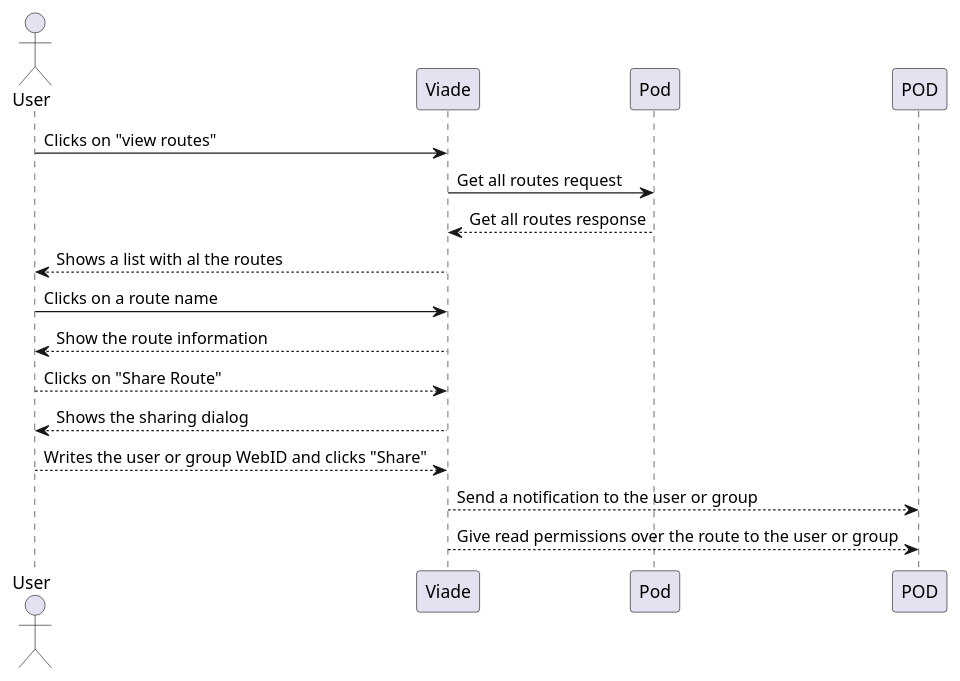
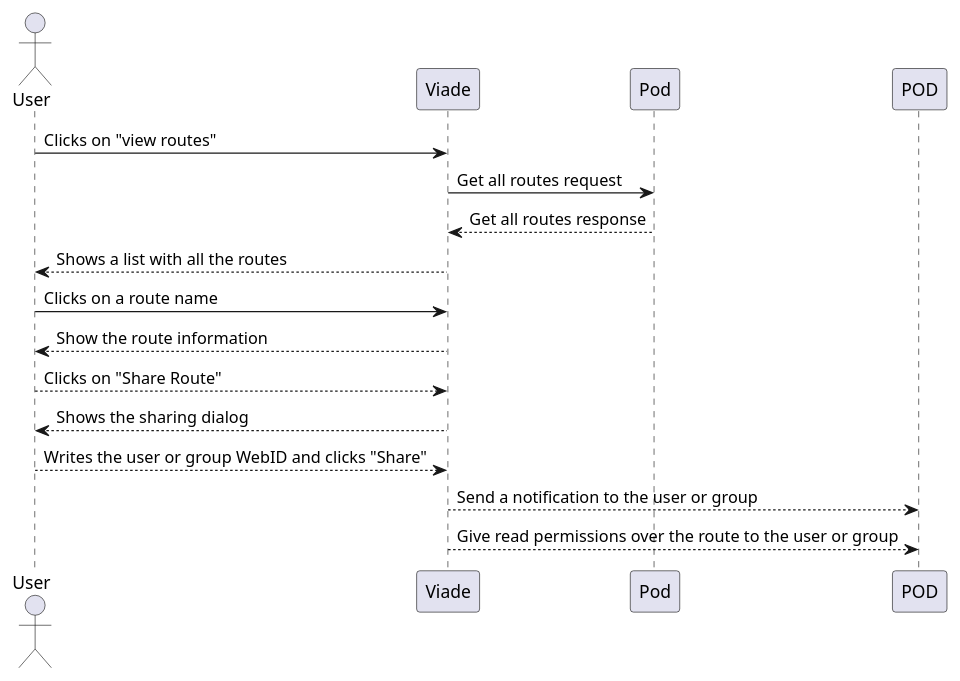
One commit to sarav22/viade_en2a changed the fifth of 6 diagrams in src/docs/06_runtime_view.adoc. Above: the diagram before and after it, drawn with PlantUML. The commit also changed other lines of this file, not shown here.

Commit message:
view shared routes

```diff
--- a/src/docs/06_runtime_view.adoc
+++ b/src/docs/06_runtime_view.adoc
@@ -77,15 +79,15 @@
 [plantuml, "shareRouteWithFriendSequence", png]
 ----
 actor User
 User -> Viade: Clicks on "view routes"
 Viade -> Pod: Get all routes request
 Pod --> Viade: Get all routes response
-Viade --> User: Shows a list with al the routes
+Viade --> User: Shows a list with all the routes
 User ->  Viade: Clicks on a route name
 Viade --> User: Show the route information
 User --> Viade: Clicks on "Share Route"
 Viade --> User: Shows the sharing dialog
 User --> Viade: Writes the user or group WebID and clicks "Share"
 Viade --> POD: Send a notification to the user or group
 Viade --> POD: Give read permissions over the route to the user or group
 ----
```
